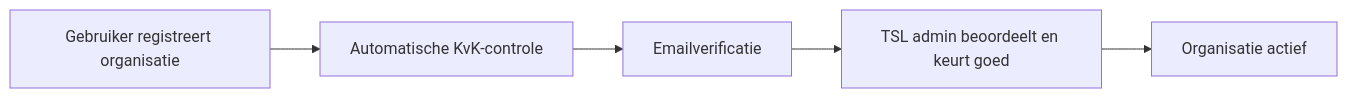
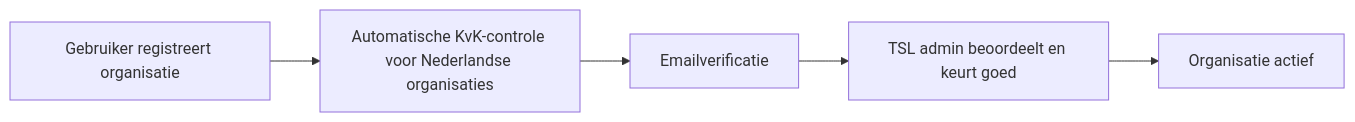
Before and after one commit to POORT8/Poort8.Docs: the diagram in tsl/onboarding.md, drawn with Mermaid. The commit also changed other lines of this file, not shown here.

````diff
--- a/tsl/onboarding.md
+++ b/tsl/onboarding.md
@@ -24,7 +24,7 @@
 ```mermaid
 flowchart LR
-    A[Gebruiker registreert organisatie] --> B[Automatische KvK-controle]
+    A[Gebruiker registreert organisatie] --> B[Automatische KvK-controle voor Nederlandse organisaties]
     B --> C[Emailverificatie]
     C --> D[TSL admin beoordeelt en keurt goed]
     D --> E[Organisatie actief]
 ```
````
